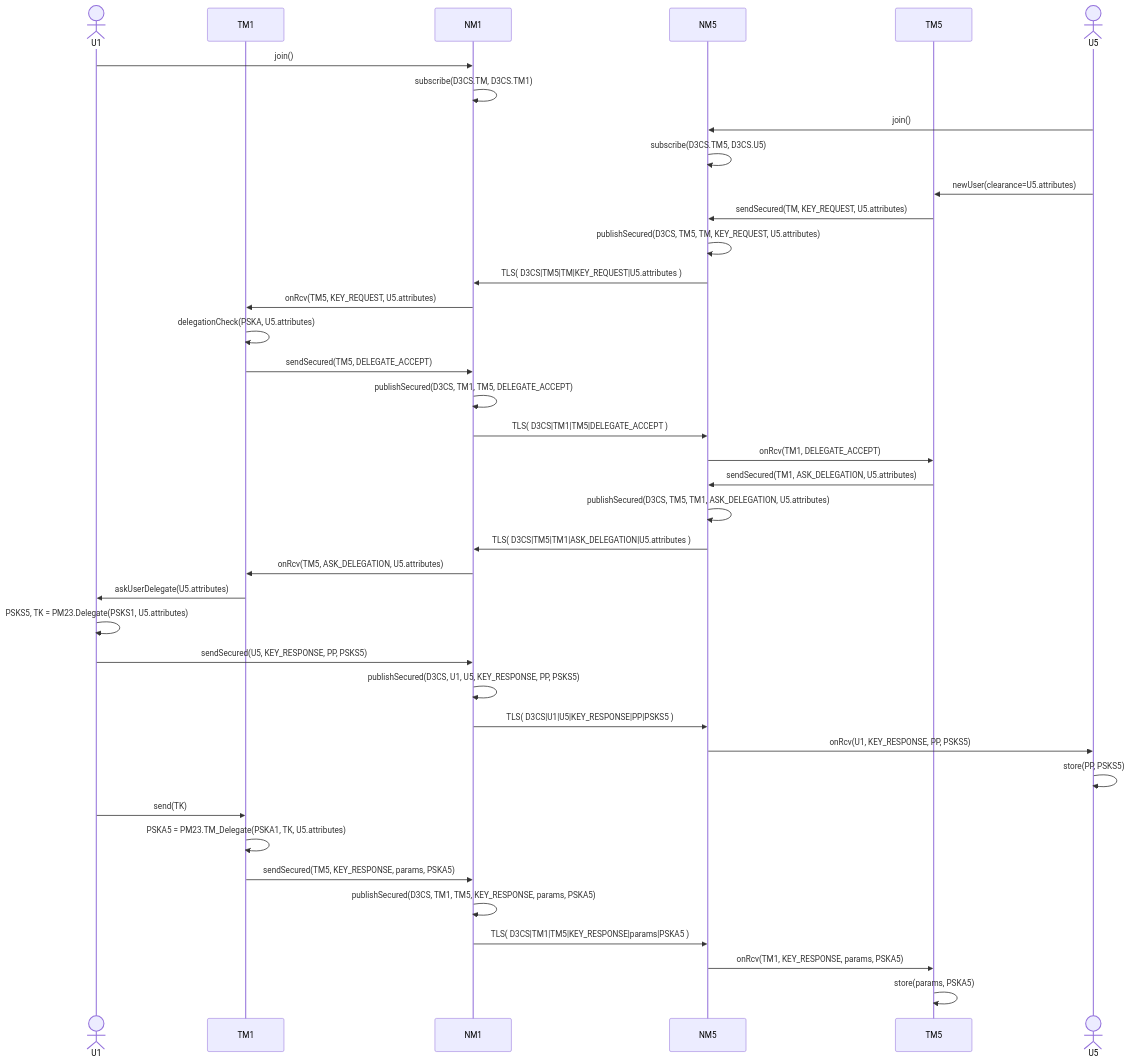
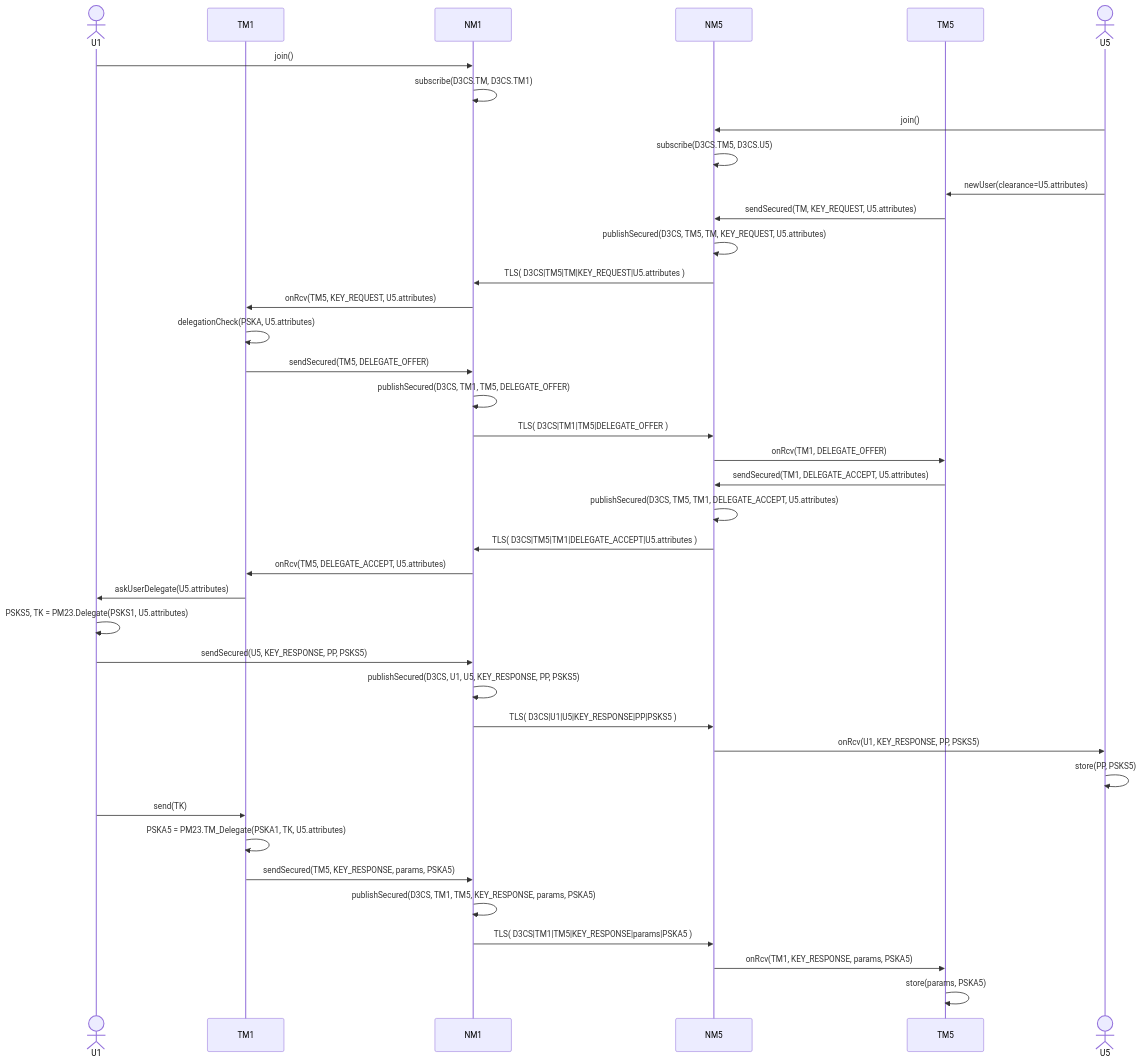
The diagram in docs/sequencediagrams/delegation.md (elemonnier/d3cs-prototype), drawn with Mermaid before and after one commit. The commit also changed 24 other files, not shown here.

````diff
--- a/docs/sequencediagrams/delegation.md
+++ b/docs/sequencediagrams/delegation.md
@@ -1,51 +1,51 @@
 ```mermaid
 sequenceDiagram
     actor U1
     participant TM1
     participant NM1
     participant NM5
     participant TM5
     actor U5
 
     U1->>NM1: join()
     NM1->>NM1: subscribe(D3CS.TM, D3CS.TM1)
     U5->>NM5: join()
     NM5->>NM5: subscribe(D3CS.TM5, D3CS.U5)
 
     U5->>TM5: newUser(clearance=U5.attributes)
     TM5->>NM5: sendSecured(TM, KEY_REQUEST, U5.attributes)
     NM5->>NM5: publishSecured(D3CS, TM5, TM, KEY_REQUEST, U5.attributes)
     NM5->>NM1: TLS( D3CS|TM5|TM|KEY_REQUEST|U5.attributes )
     NM1->>TM1: onRcv(TM5, KEY_REQUEST, U5.attributes)
     TM1->>TM1: delegationCheck(PSKA, U5.attributes)
 
-    TM1->>NM1: sendSecured(TM5, DELEGATE_ACCEPT)
-    NM1->>NM1: publishSecured(D3CS, TM1, TM5, DELEGATE_ACCEPT)
-    NM1->>NM5: TLS( D3CS|TM1|TM5|DELEGATE_ACCEPT )
-    NM5->>TM5: onRcv(TM1, DELEGATE_ACCEPT)
-    
-    TM5->>NM5: sendSecured(TM1, ASK_DELEGATION, U5.attributes)
-    NM5->>NM5: publishSecured(D3CS, TM5, TM1, ASK_DELEGATION, U5.attributes)
-    NM5->>NM1: TLS( D3CS|TM5|TM1|ASK_DELEGATION|U5.attributes )
-    NM1->>TM1: onRcv(TM5, ASK_DELEGATION, U5.attributes)
+    TM1->>NM1: sendSecured(TM5, DELEGATE_OFFER)
+    NM1->>NM1: publishSecured(D3CS, TM1, TM5, DELEGATE_OFFER)
+    NM1->>NM5: TLS( D3CS|TM1|TM5|DELEGATE_OFFER )
+    NM5->>TM5: onRcv(TM1, DELEGATE_OFFER)
+
+    TM5->>NM5: sendSecured(TM1, DELEGATE_ACCEPT, U5.attributes)
+    NM5->>NM5: publishSecured(D3CS, TM5, TM1, DELEGATE_ACCEPT, U5.attributes)
+    NM5->>NM1: TLS( D3CS|TM5|TM1|DELEGATE_ACCEPT|U5.attributes )
+    NM1->>TM1: onRcv(TM5, DELEGATE_ACCEPT, U5.attributes)
     TM1->>U1: askUserDelegate(U5.attributes)
 
     U1->>U1: PSKS5, TK = PM23.Delegate(PSKS1, U5.attributes)
 
     U1->>NM1: sendSecured(U5, KEY_RESPONSE, PP, PSKS5)
     NM1->>NM1: publishSecured(D3CS, U1, U5, KEY_RESPONSE, PP, PSKS5)
     NM1->>NM5: TLS( D3CS|U1|U5|KEY_RESPONSE|PP|PSKS5 )
     NM5->>U5: onRcv(U1, KEY_RESPONSE, PP, PSKS5)
     U5->>U5: store(PP, PSKS5)
 
     U1->>TM1: send(TK)
 
     TM1->>TM1: PSKA5 = PM23.TM_Delegate(PSKA1, TK, U5.attributes)
 
     TM1->>NM1: sendSecured(TM5, KEY_RESPONSE, params, PSKA5)
     NM1->>NM1: publishSecured(D3CS, TM1, TM5, KEY_RESPONSE, params, PSKA5)
     NM1->>NM5: TLS( D3CS|TM1|TM5|KEY_RESPONSE|params|PSKA5 )
     NM5->>TM5: onRcv(TM1, KEY_RESPONSE, params, PSKA5)
     TM5->>TM5: store(params, PSKA5)
 
 ```
````
